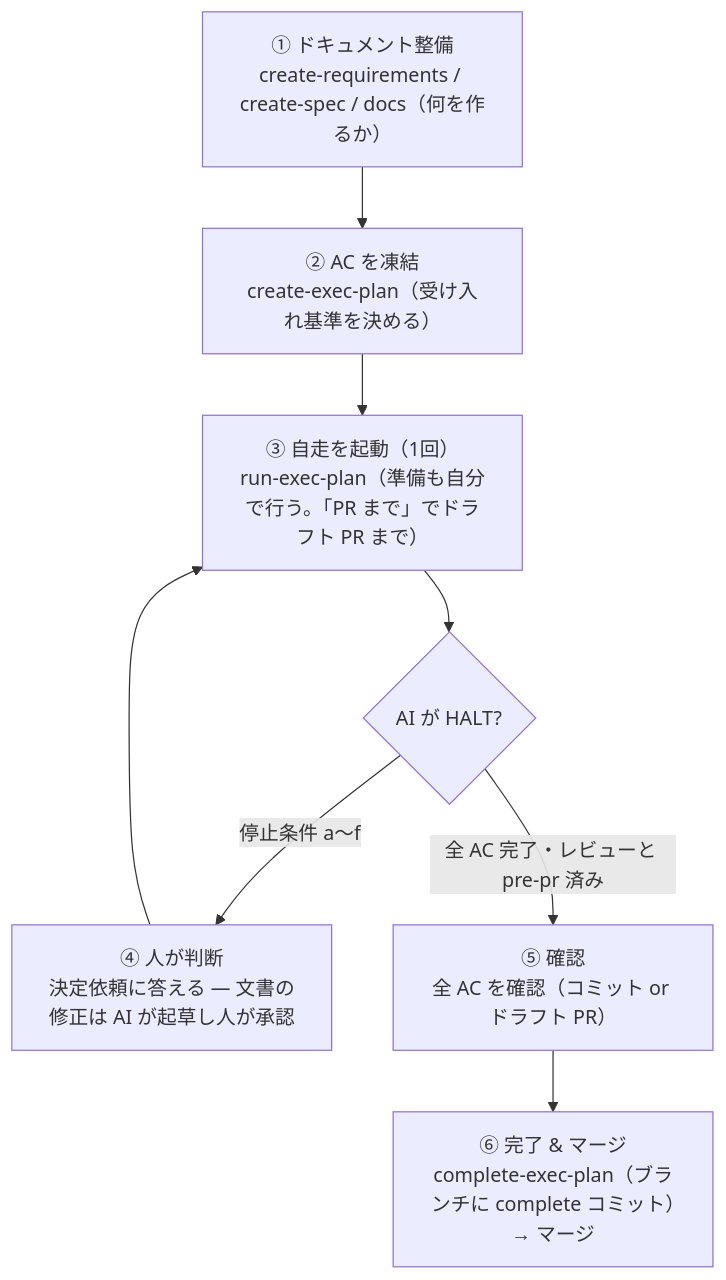
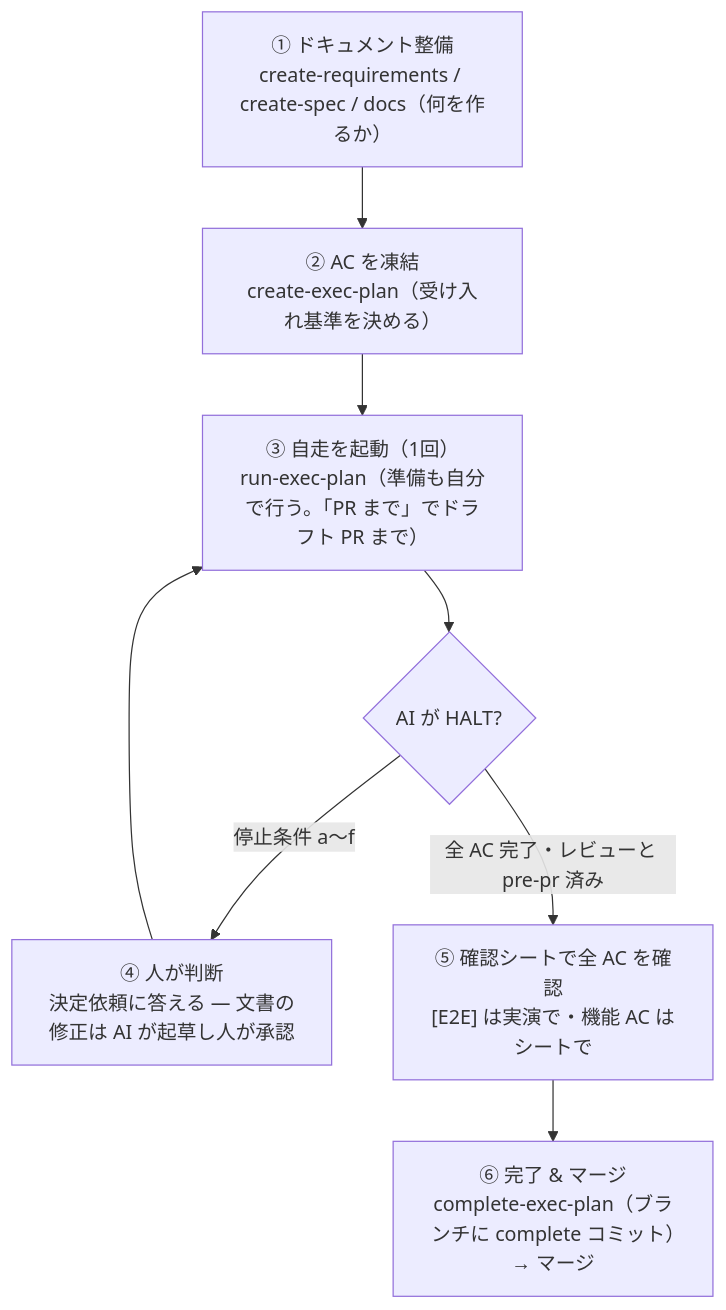
One commit to aki-senri/DocDDTemplate changed the diagram in ONBOARDING.ja.md. Above: the diagram before and after it, drawn with Mermaid. The commit also changed other lines of this file and 12 other files, not shown here.

````diff
--- a/ONBOARDING.ja.md
+++ b/ONBOARDING.ja.md
@@ -333,11 +333,11 @@
 ```mermaid
 flowchart TD
     A["① ドキュメント整備<br/>create-requirements / create-spec / docs（何を作るか）"] --> B
     B["② AC を凍結<br/>create-exec-plan（受け入れ基準を決める）"] --> C
     C["③ 自走を起動（1回）<br/>run-exec-plan（準備も自分で行う。「PR まで」でドラフト PR まで）"]
     C --> D{AI が HALT?}
     D -->|停止条件 a〜f| E["④ 人が判断<br/>決定依頼に答える — 文書の修正は AI が起草し人が承認"]
     E --> C
-    D -->|全 AC 完了・レビューと pre-pr 済み| F["⑤ 確認<br/>全 AC を確認（コミット or ドラフト PR）"]
+    D -->|全 AC 完了・レビューと pre-pr 済み| F["⑤ 確認シートで全 AC を確認<br/>[E2E] は実演で・機能 AC はシートで"]
     F --> G["⑥ 完了 & マージ<br/>complete-exec-plan（ブランチに complete コミット）→ マージ"]
 ```
````
